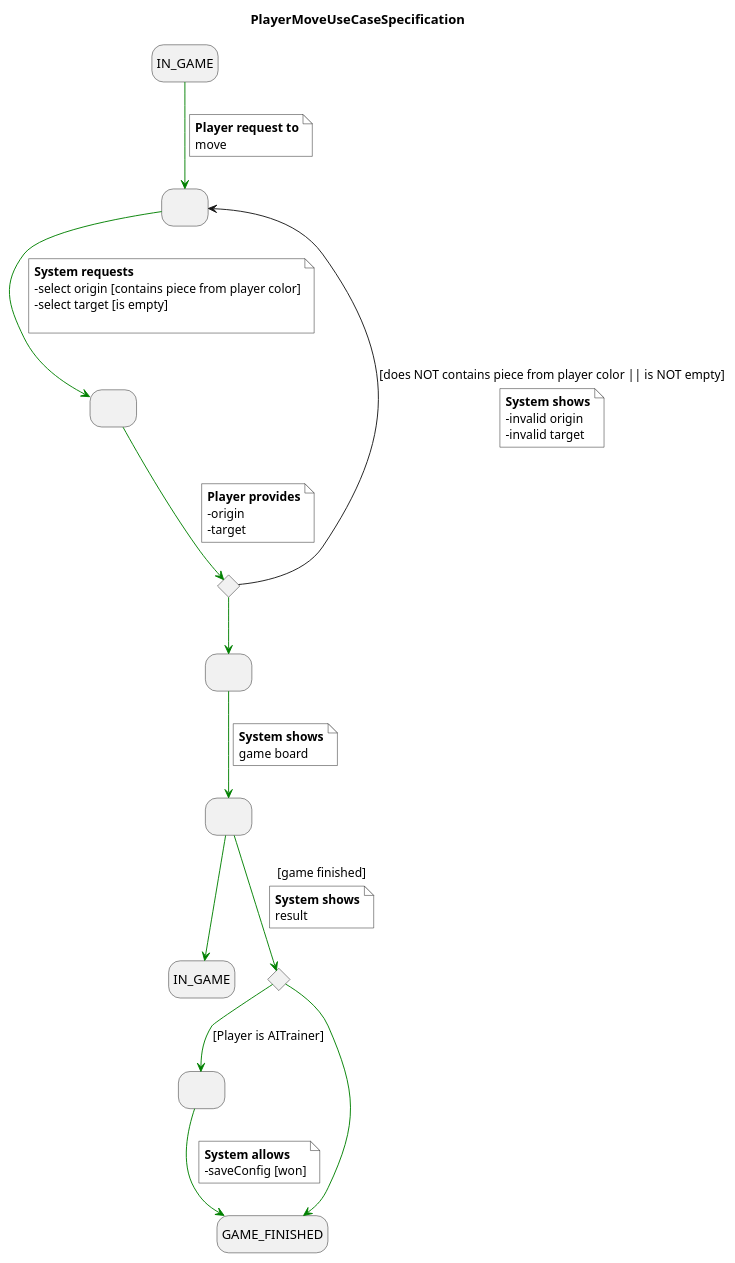
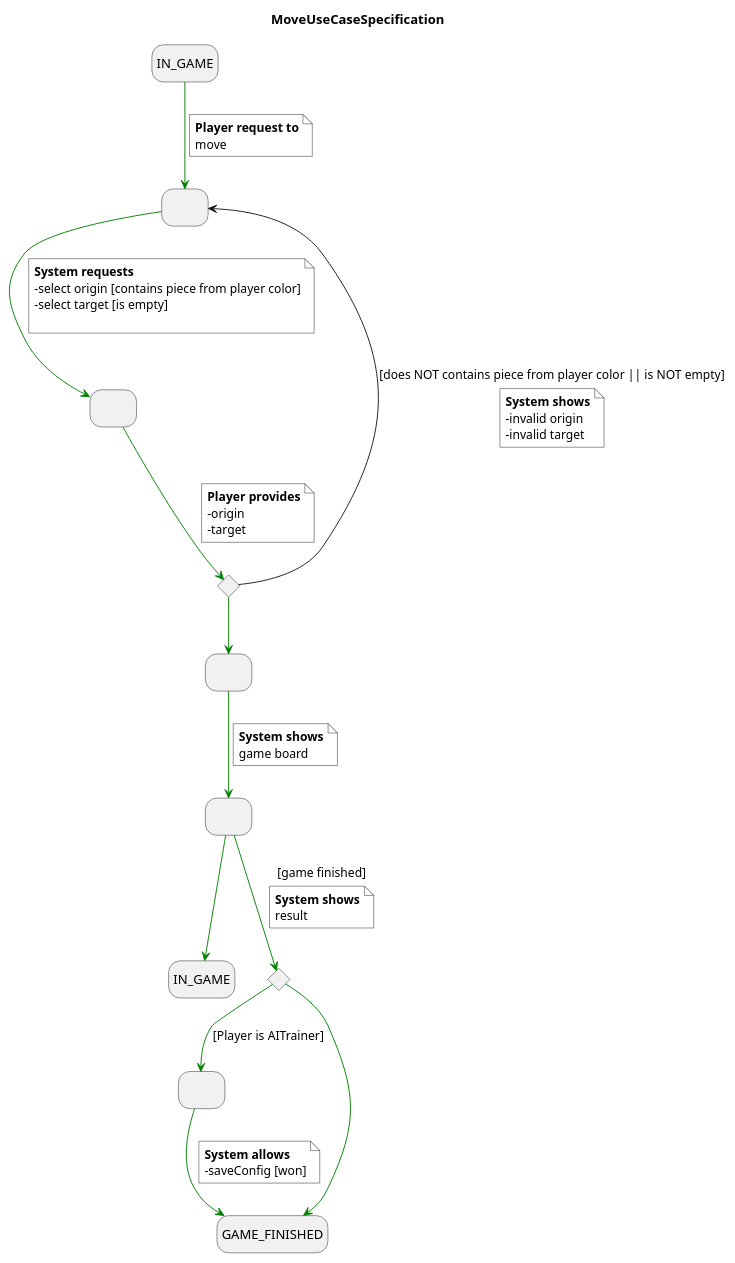
Before and after one commit to Master-Desarrollo-20-21/patrones-diseno---practica-final---juego-de-las-damas-fraylopez: the diagram in docs/src/use-cases/specification/move-spec.plantuml, drawn with PlantUML. The commit also changed 8 other files, not shown here.

```diff
--- a/docs/src/use-cases/specification/move-spec.plantuml
+++ b/docs/src/use-cases/specification/move-spec.plantuml
@@ -1,62 +1,62 @@
-@startuml PlayerMoveUseCaseSpecification
-title PlayerMoveUseCaseSpecification
+@startuml MoveUseCaseSpecification
+title MoveUseCaseSpecification
 skinparam NoteBackgroundColor white
 hide empty description
 state IN_GAME as "IN_GAME"
 state IN_GAME_FINISH as "IN_GAME"
 state startedGame as " "
 state numberOfPlayers as " "
 state ifValidNumberOfPlayers <<choice>>
 state state1 as " "
 state state2 as " "
 state actorChoice <<choice>>
 state state3 as " "
 
 ' [*] --> IN_GAME
 IN_GAME -[#green]-> startedGame
 note on link #white
   <b>Player request to
   move
 end note
 startedGame -[#green]-> numberOfPlayers
 note on link
   <b>System requests
   -select origin [contains piece from player color]
   -select target [is empty]
 
 end note
 numberOfPlayers -[#green]-> ifValidNumberOfPlayers
 note on link
   <b>Player provides
   -origin
   -target
 end note
 ifValidNumberOfPlayers --> startedGame : [does NOT contains piece from player color || is NOT empty]
 note on link
   <b>System shows
   -invalid origin
   -invalid target
 end note
 
 ifValidNumberOfPlayers -[#green]-> state1
 state1 -[#green]-> state2
 note on link
   <b>System shows
   game board
 end note
 ' state2 -[#green]-> GAME_FINISHED : [game finished]
 state2 -[#green]-> actorChoice : [game finished]
 note on link
   <b>System shows
   result
 end note
 actorChoice -[#green]-> GAME_FINISHED
 actorChoice -[#green]-> state3: [Player is AITrainer]
 state3 -[#green]-> GAME_FINISHED
 note on link
   <b>System allows
   -saveConfig [won]
 end note
 state2 -[#green]-> IN_GAME_FINISH
 
 @enduml
```
